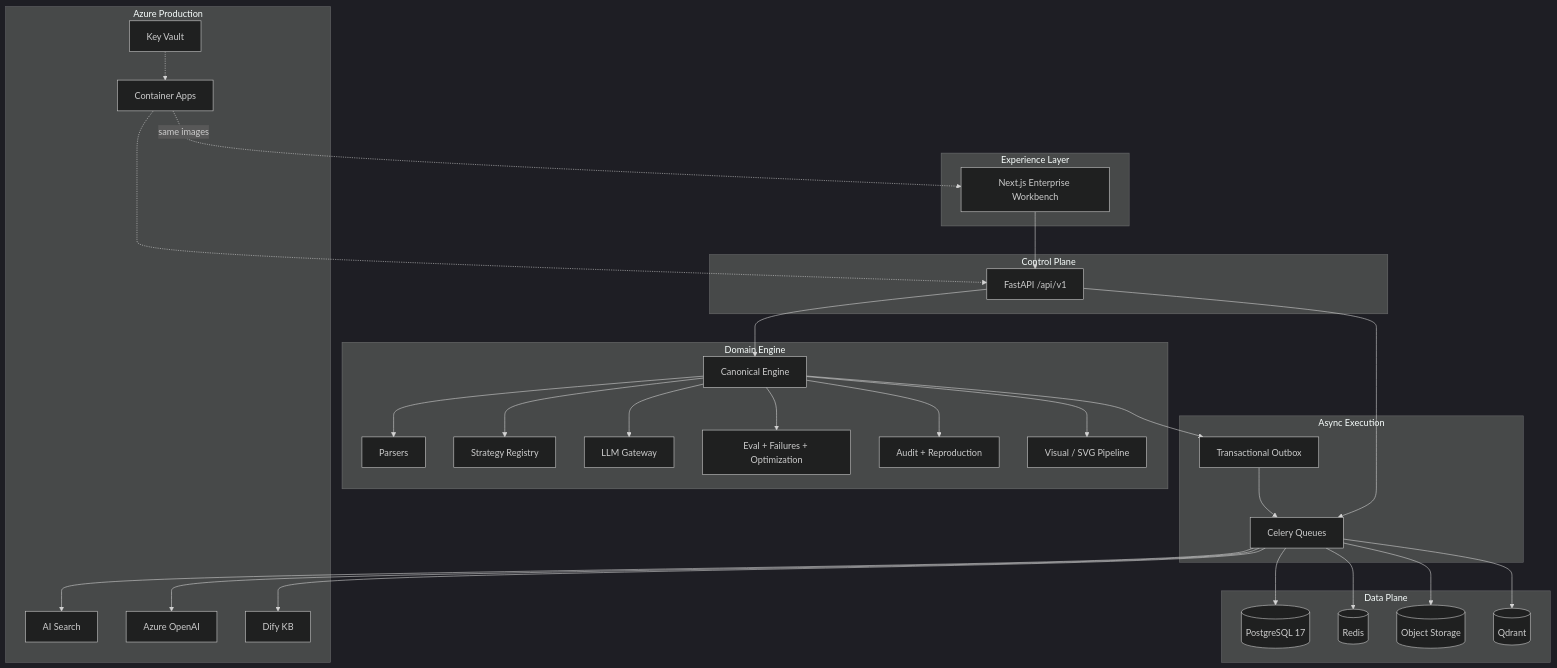
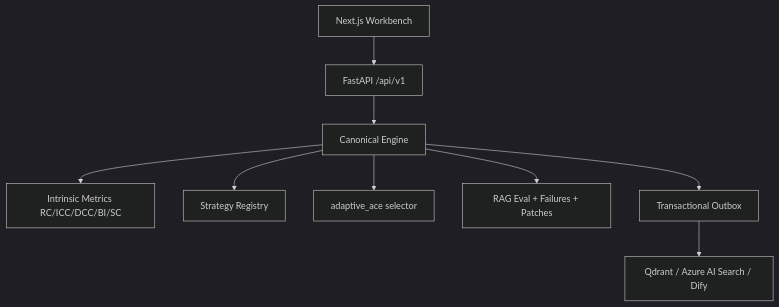
Before and after one commit to John-Maximilian-Liu/Adaptive-Chunk-Engine: the diagram in README.md, drawn with Mermaid (dark theme). The commit also changed other lines of this file and 15 other files, not shown here.

````diff
--- a/README.md
+++ b/README.md
@@ -68,45 +132,11 @@
 ```mermaid
 flowchart TB
-  subgraph Experience["Experience Layer"]
-    WEB[Next.js Enterprise Workbench]
-  end
-  subgraph Control["Control Plane"]
-    API[FastAPI /api/v1]
-  end
-  subgraph Domain["Domain Engine"]
-    ENG[Canonical Engine]
-    PARSE[Parsers]
-    STRAT[Strategy Registry]
-    LLM[LLM Gateway]
-    EVAL[Eval + Failures + Optimization]
-    AUDIT[Audit + Reproduction]
-    VIS[Visual / SVG Pipeline]
-  end
-  subgraph Async["Async Execution"]
-    CEL[Celery Queues]
-    OB[Transactional Outbox]
-  end
-  subgraph Data["Data Plane"]
-    PG[(PostgreSQL 17)]
-    RD[(Redis)]
-    OBJ[(Object Storage)]
-    QD[(Qdrant)]
-  end
-  subgraph Azure["Azure Production"]
-    ACA[Container Apps]
-    AIS[AI Search]
-    AOAI[Azure OpenAI]
-    KV[Key Vault]
-    DIFY[Dify KB]
-  end
-
-  WEB --> API --> ENG
-  ENG --> PARSE & STRAT & LLM & EVAL & AUDIT & VIS
-  API --> CEL
-  ENG --> OB --> CEL
-  CEL --> PG & RD & OBJ & QD
-  CEL --> AIS & AOAI & DIFY
-  ACA -.->|same images| WEB
-  ACA -.-> API
-  KV -.-> ACA
+  WEB[Next.js Workbench] --> API[FastAPI /api/v1]
+  API --> ENG[Canonical Engine]
+  ENG --> M[Intrinsic Metrics RC/ICC/DCC/BI/SC]
+  ENG --> S[Strategy Registry]
+  ENG --> SEL[adaptive_ace selector]
+  ENG --> EVAL[RAG Eval + Failures + Patches]
+  ENG --> OB[Transactional Outbox]
+  OB --> V[Qdrant / Azure AI Search / Dify]
 ```
````
